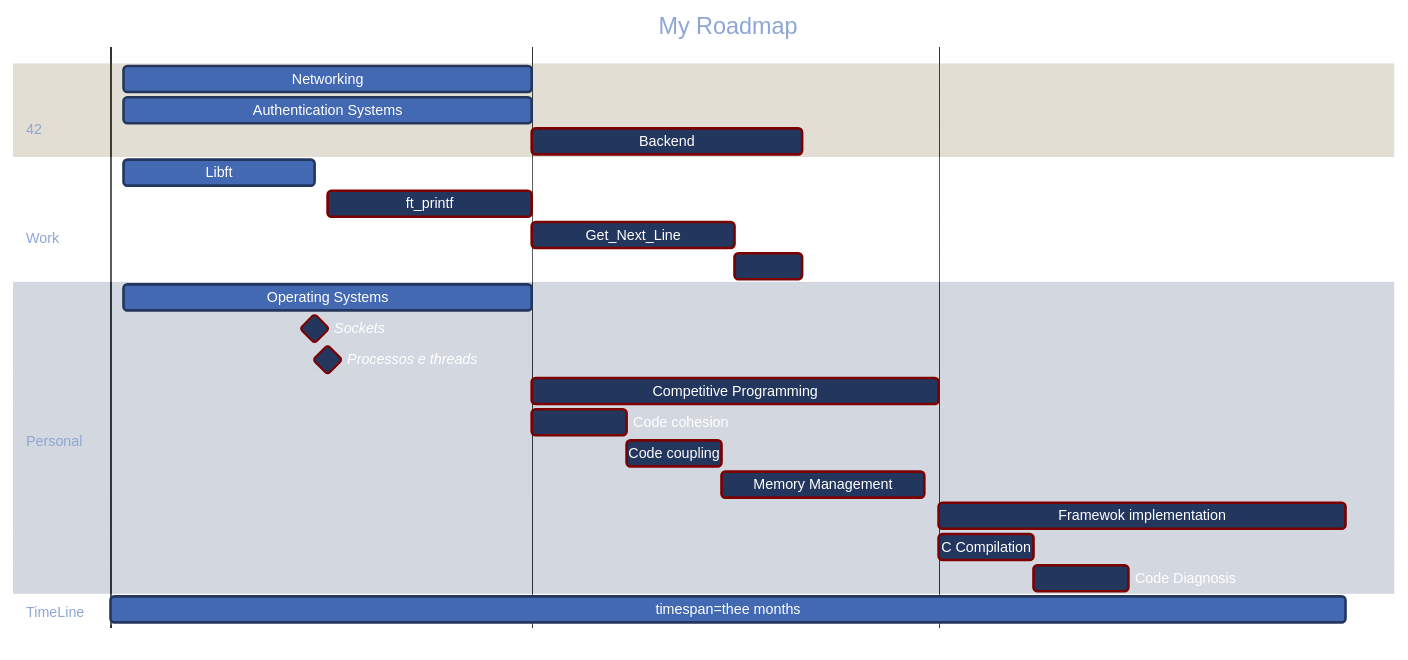
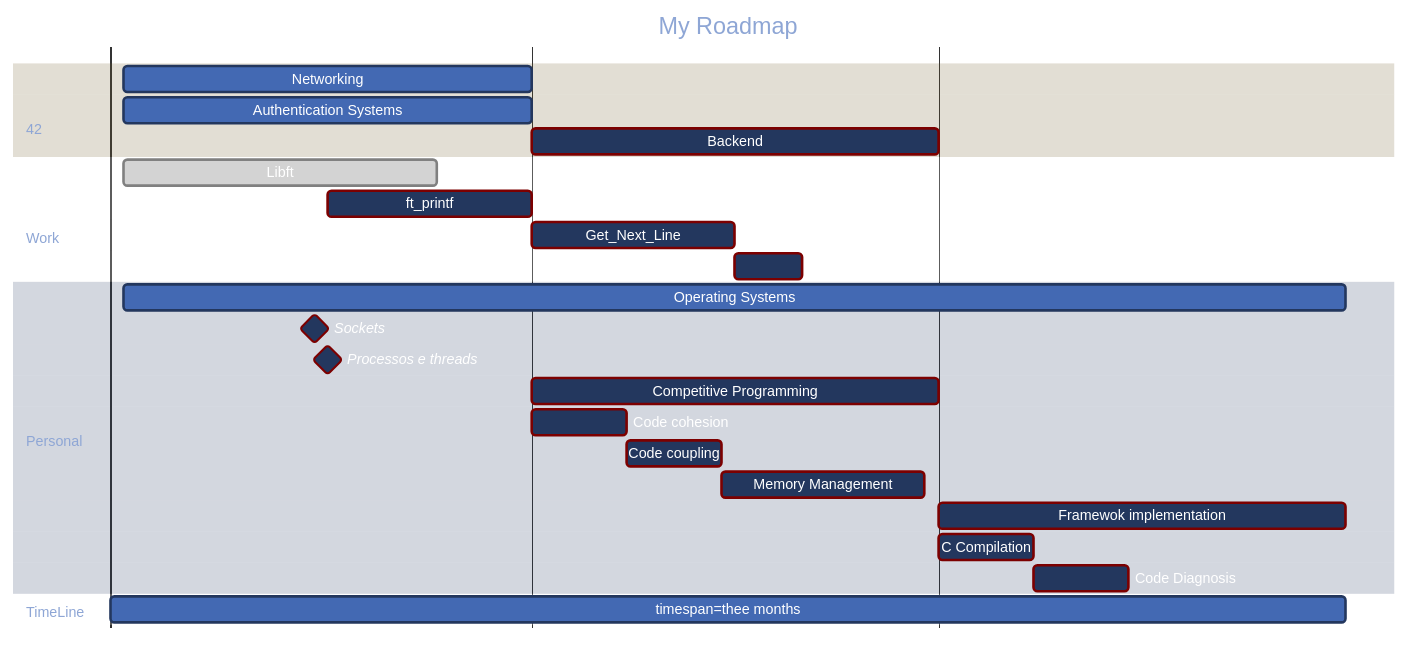
The second of 2 diagrams in README.md (see7e/programming-studies), drawn with Mermaid before and after one commit. The commit also changed other lines of this file and 5 other files, not shown here.

````diff
--- a/README.md
+++ b/README.md
@@ -54,53 +77,53 @@
 ```mermaid
 %%{
   init: {
     'theme': 'base',
     'themeVariables': {
       'primaryColor': '#23375E',
       'primaryTextColor': '#FFF',
       'primaryBorderColor': '#7C0000',
       'lineColor': '#F8B229'
     }
   }
 }%%
 
 gantt
   title My Roadmap
   dateFormat DD-MM-YYYY
   tickInterval 1month
 
   section Work
     %% October
     Networking              :active, 02-10-2023, 30d
     Authentication Systems  :active, 02-10-2023, 01-11-2023
     %% November
-    Backend                 :20d
+    Backend                 :30d
 
   section 42
     %% October
-    Libft                   :active, 02-10-2023, 16-10-2023
+    Libft                   :done, 02-10-2023, 25-10-2023
     ft_printf               :17-10-2023, 15d
     %% November
     Get_Next_Line           :15d
     Born2beroot             :5d
     %% December
 
   section Personal
     %% October
-    Operating Systems       :active, 02-10-2023, 30d
+    Operating Systems       :active, 02-10-2023, 31-12-2023
     Sockets                 :milestone, 16-10-2023, 0d
     Processos e threads     :milestone, 17-10-2023, 0d
     %% November
     Competitive Programming :01-11-2023, 30d
     Code cohesion           :01-11-2023, 7d
     Code coupling           :7d
     Memory Management       :15d
     %% December
     Framewok implementation :01-12-2023, 30d
     C Compilation           :01-12-2023, 7d
     Code Diagnosis          :7d
 
   section TimeLine
     timespan=thee months :active, 01-10-2023, 31-12-2023
 
 ```
````
